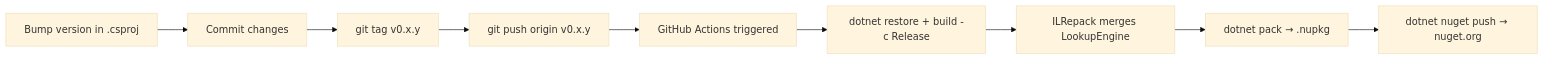
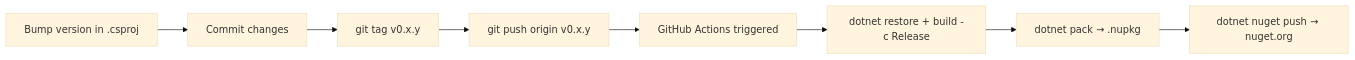
Before and after one commit to trgiangv/ZLogger.Scintilla: the diagram in docs/publish.md, drawn with Mermaid (base theme). The commit also changed other lines of this file and 6 other files, not shown here.

````diff
--- a/docs/publish.md
+++ b/docs/publish.md
@@ -18,11 +18,10 @@
 ```mermaid
 flowchart LR
     A["Bump version in .csproj"] --> B["Commit changes"]
     B --> C["git tag v0.x.y"]
     C --> D["git push origin v0.x.y"]
     D --> E["GitHub Actions triggered"]
     E --> F["dotnet restore + build -c Release"]
-    F --> G["ILRepack merges LookupEngine"]
-    G --> H["dotnet pack → .nupkg"]
+    F --> H["dotnet pack → .nupkg"]
     H --> I["dotnet nuget push → nuget.org"]
 ```
````
